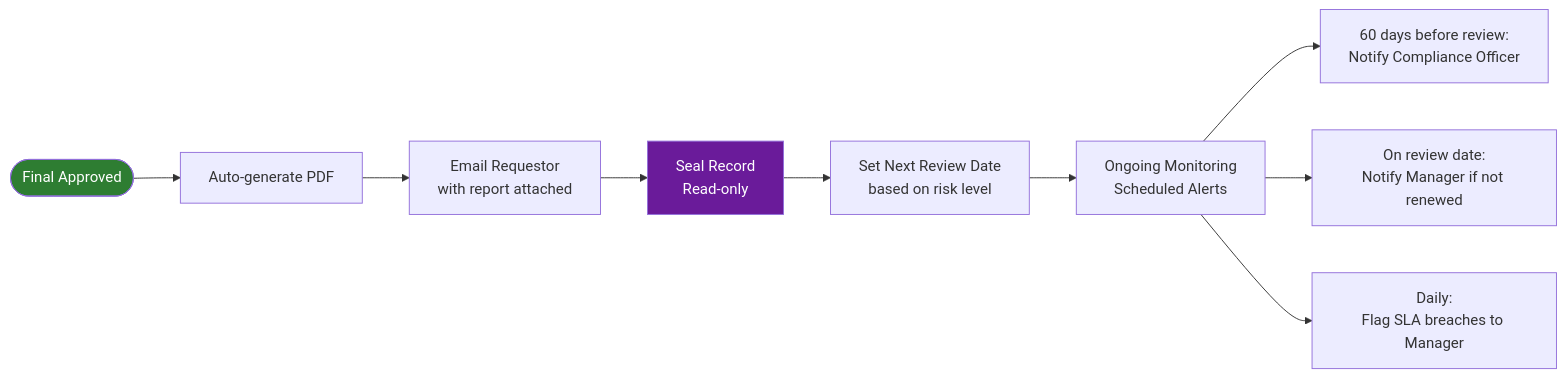
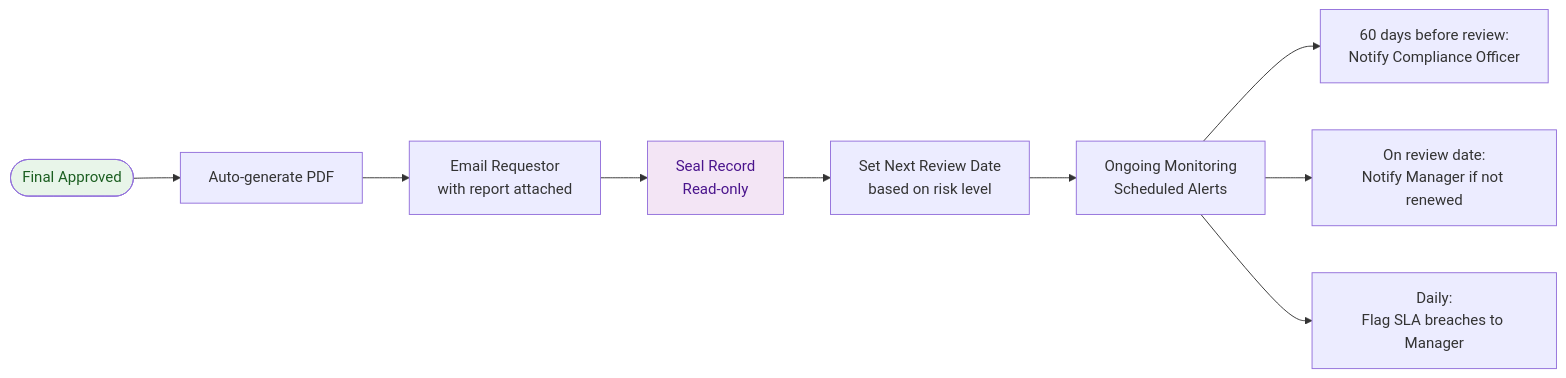
Before and after one commit to mazharr-hussain/KycReport: the eighth of 8 diagrams in docs/diagrams/best-practice-e2e.md, drawn with Mermaid. The commit also changed other lines of this file and 7 other files, not shown here.

First line of the commit message:
Switch all diagrams to light pastel palette with dark text

````diff
--- a/docs/diagrams/best-practice-e2e.md
+++ b/docs/diagrams/best-practice-e2e.md
@@ -145,15 +145,15 @@
 ```mermaid
 flowchart LR
     FINAL([Final Approved]) --> PDF[Auto-generate PDF]
     PDF --> NOTIFY[Email Requestor\nwith report attached]
     NOTIFY --> SEAL[Seal Record\nRead-only]
     SEAL --> REVIEW_DATE[Set Next Review Date\nbased on risk level]
 
     REVIEW_DATE --> MONITOR[Ongoing Monitoring\nScheduled Alerts]
     MONITOR --> D60[60 days before review:\nNotify Compliance Officer]
     MONITOR --> D0[On review date:\nNotify Manager if not renewed]
     MONITOR --> SLA_BREACH[Daily:\nFlag SLA breaches to Manager]
 
-    style FINAL fill:#2E7D32,color:#fff
-    style SEAL fill:#6A1B9A,color:#fff
+    style FINAL fill:#E8F5E9,color:#1B5E20
+    style SEAL fill:#F3E5F5,color:#4A148C
 ```
````
